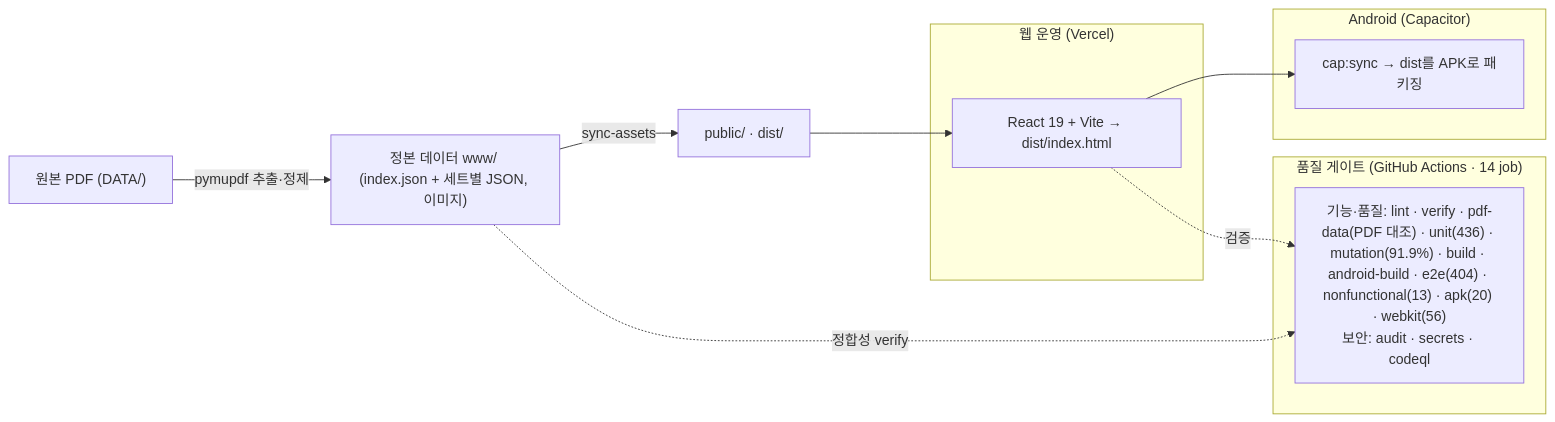
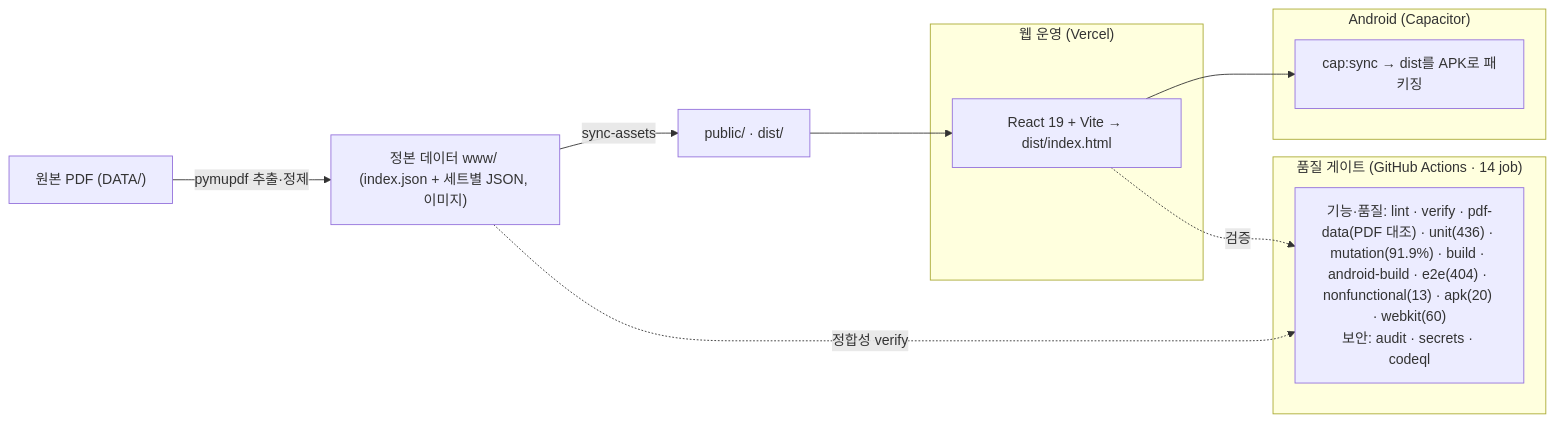
Before and after one commit to WindowHyun/ISTQB: the diagram in README.md, drawn with Mermaid. The commit also changed other lines of this file and 3 other files, not shown here.

````diff
--- a/README.md
+++ b/README.md
@@ -198,20 +198,20 @@
 ```mermaid
 flowchart LR
   PDF["원본 PDF (DATA/)"] -->|pymupdf 추출·정제| SRC["정본 데이터 www/ (index.json + 세트별 JSON, 이미지)"]
   SRC -->|sync-assets| PUB["public/ · dist/"]
 
   subgraph 웹_운영["웹 운영 (Vercel)"]
     REACT["React 19 + Vite → dist/index.html"]
   end
   subgraph APK["Android (Capacitor)"]
     CAP["cap:sync → dist를 APK로 패키징"]
   end
   PUB --> REACT
   REACT --> CAP
 
   subgraph 품질["품질 게이트 (GitHub Actions · 14 job)"]
-    CI["기능·품질: lint · verify · pdf-data(PDF 대조) · unit(436) · mutation(91.9%) · build · android-build · e2e(404) · nonfunctional(13) · apk(20) · webkit(56)<br/>보안: audit · secrets · codeql"]
+    CI["기능·품질: lint · verify · pdf-data(PDF 대조) · unit(436) · mutation(91.9%) · build · android-build · e2e(404) · nonfunctional(13) · apk(20) · webkit(60)<br/>보안: audit · secrets · codeql"]
   end
   REACT -.검증.-> CI
   SRC -.정합성 verify.-> CI
 ```
````
